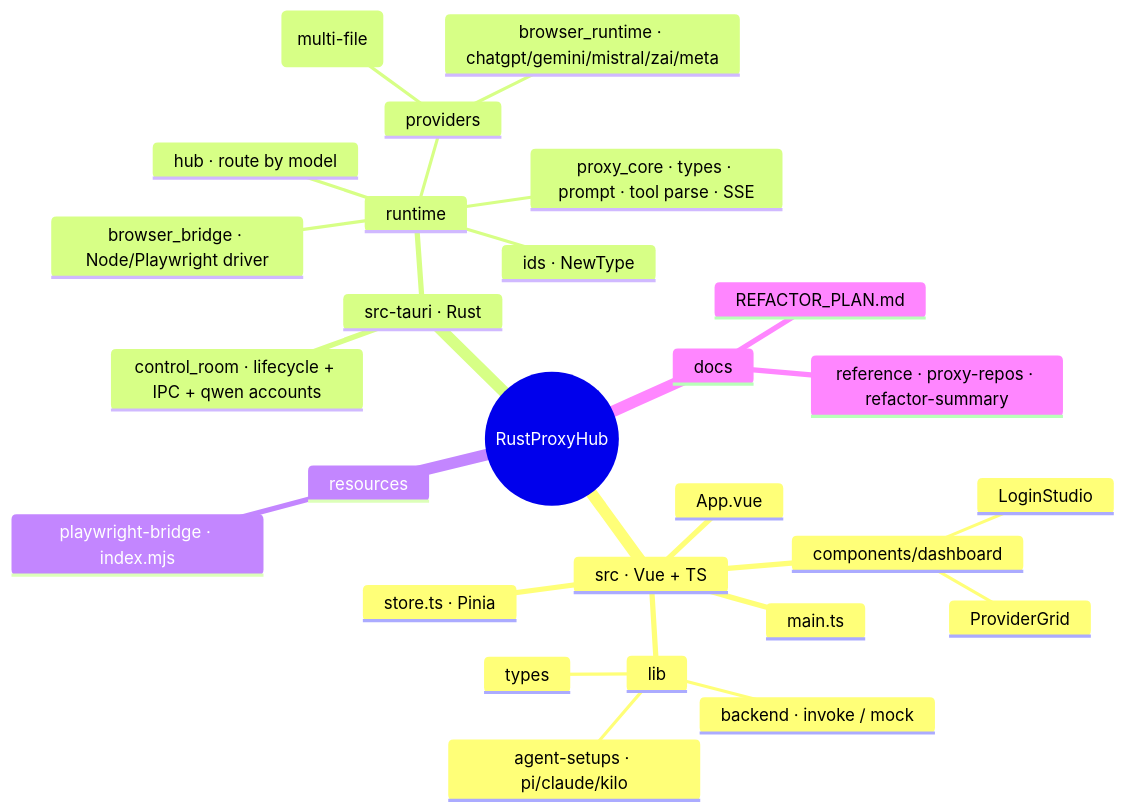
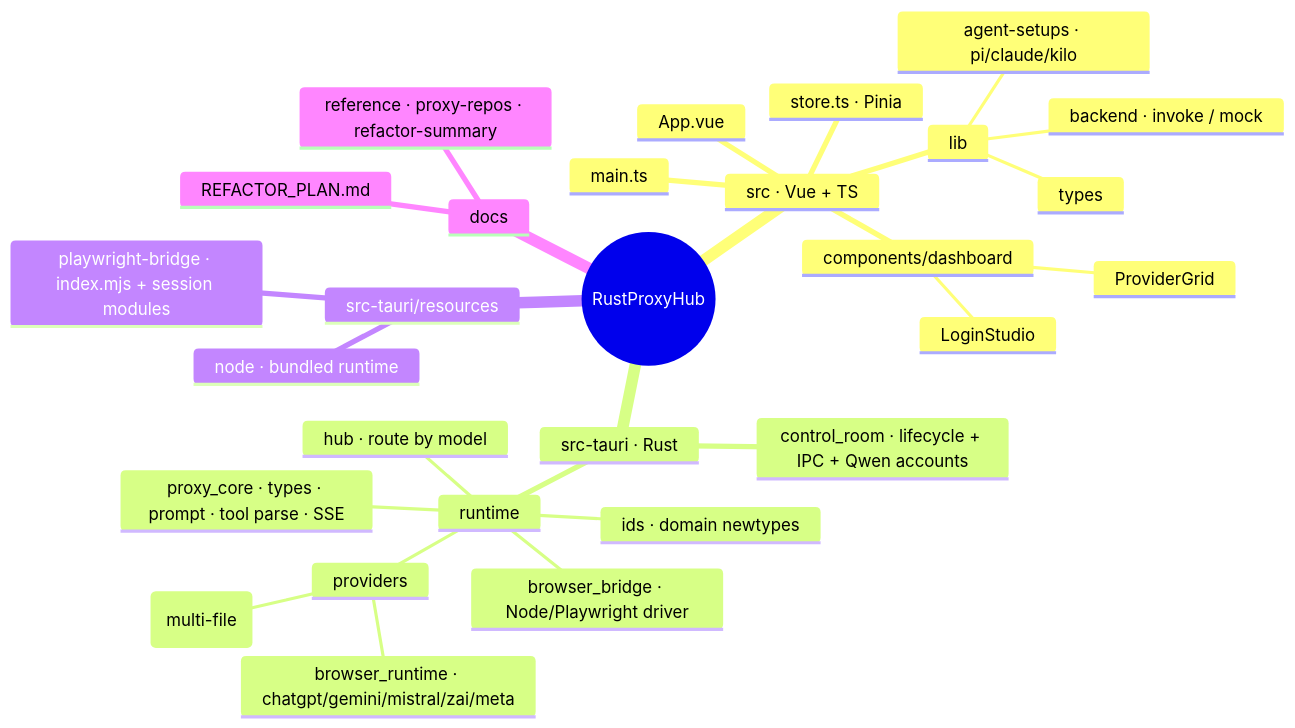
The seventh of 7 diagrams in README.md (SobralCybersec/RustProxyHub), drawn with Mermaid before and after one commit. The commit also changed other lines of this file and 2 other files, not shown here.

````diff
--- a/README.md
+++ b/README.md
@@ -403,30 +432,31 @@
 ```mermaid
 mindmap
   root((RustProxyHub))
     src · Vue + TS
       main.ts
       App.vue
       store.ts · Pinia
       components/dashboard
         LoginStudio
         ProviderGrid
       lib
         backend · invoke / mock
         agent-setups · pi/claude/kilo
         types
     src-tauri · Rust
-      control_room · lifecycle + IPC + qwen accounts
+      control_room · lifecycle + IPC + Qwen accounts
       runtime
         proxy_core · types · prompt · tool parse · SSE
-        ids · NewType
+        ids · domain newtypes
         hub · route by model
         providers
           deepseek · kimi · qwen (multi-file)
           browser_runtime · chatgpt/gemini/mistral/zai/meta
         browser_bridge · Node/Playwright driver
-    resources
-      playwright-bridge · index.mjs
+    src-tauri/resources
+      playwright-bridge · index.mjs + session modules
+      node · bundled runtime
     docs
       reference · proxy-repos · refactor-summary
       REFACTOR_PLAN.md
 ```
````
